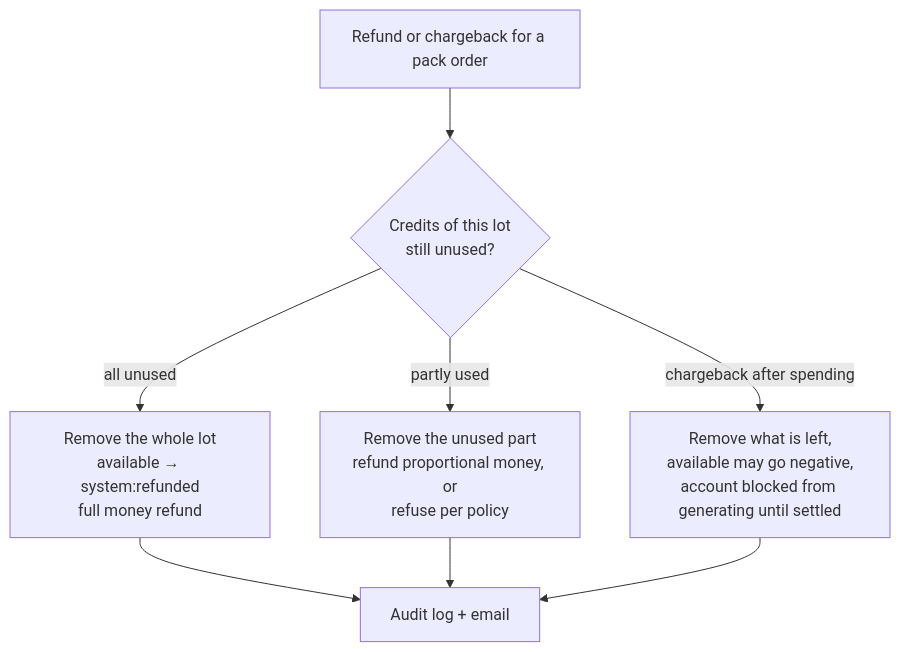
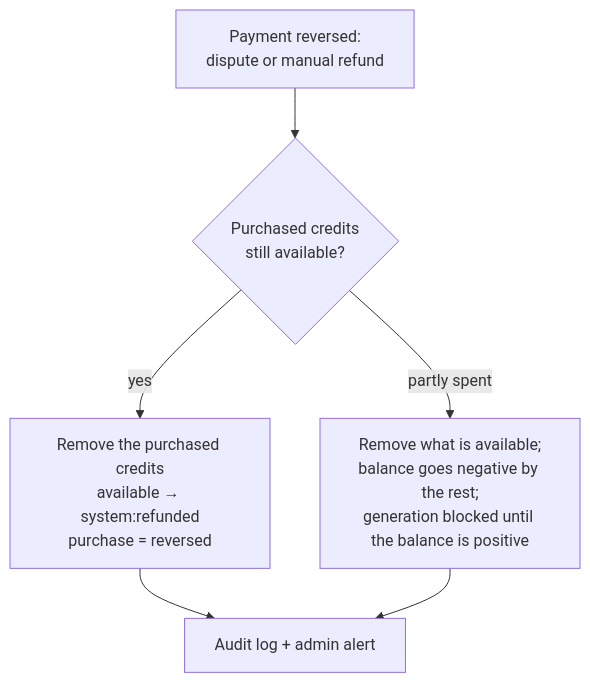
Before and after one commit to EgliMalaj09/ai-clone: the sixth of 7 diagrams in docs/CREDITS-ARCHITECTURE.md, drawn with Mermaid. The commit also changed other lines of this file, not shown here.

First line of the commit message:
Record owner decisions in the credits design

````diff
--- a/docs/CREDITS-ARCHITECTURE.md
+++ b/docs/CREDITS-ARCHITECTURE.md
@@ -313,10 +312,8 @@
 ```mermaid
 flowchart TD
-  A[Refund or chargeback for a pack order] --> B{Credits of this lot<br/>still unused?}
-  B -- all unused --> C[Remove the whole lot<br/>available → system:refunded<br/>full money refund]
-  B -- partly used --> D[Remove the unused part<br/>refund proportional money, or<br/>refuse per policy]
-  B -- chargeback after spending --> E[Remove what is left,<br/>available may go negative,<br/>account blocked from generating until settled]
-  C --> F[Audit log + email]
+  A[Payment reversed:<br/>dispute or manual refund] --> B{Purchased credits<br/>still available?}
+  B -- yes --> C[Remove the purchased credits<br/>available → system:refunded<br/>purchase = reversed]
+  B -- partly spent --> D[Remove what is available;<br/>balance goes negative by the rest;<br/>generation blocked until the balance is positive]
+  C --> F[Audit log + admin alert]
   D --> F
-  E --> F
 ```
````
